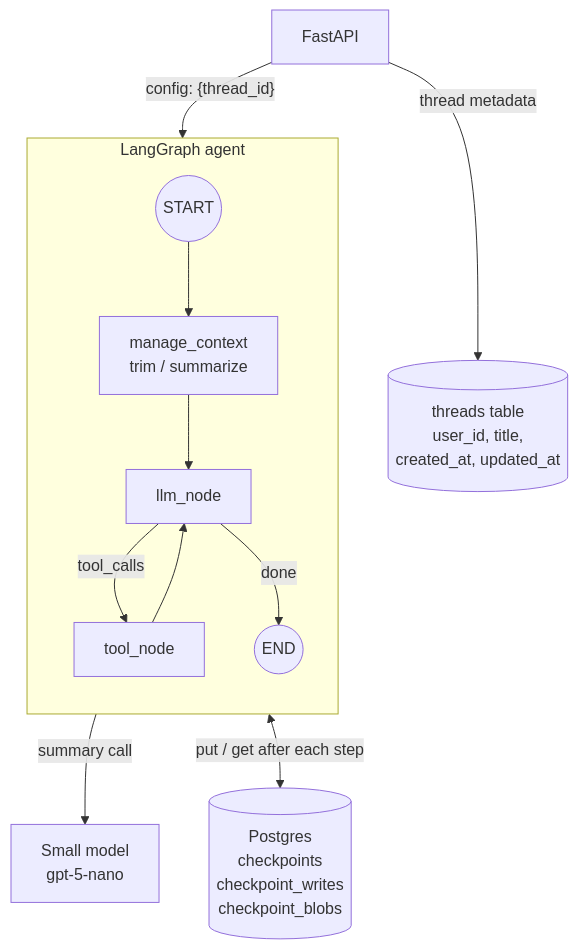
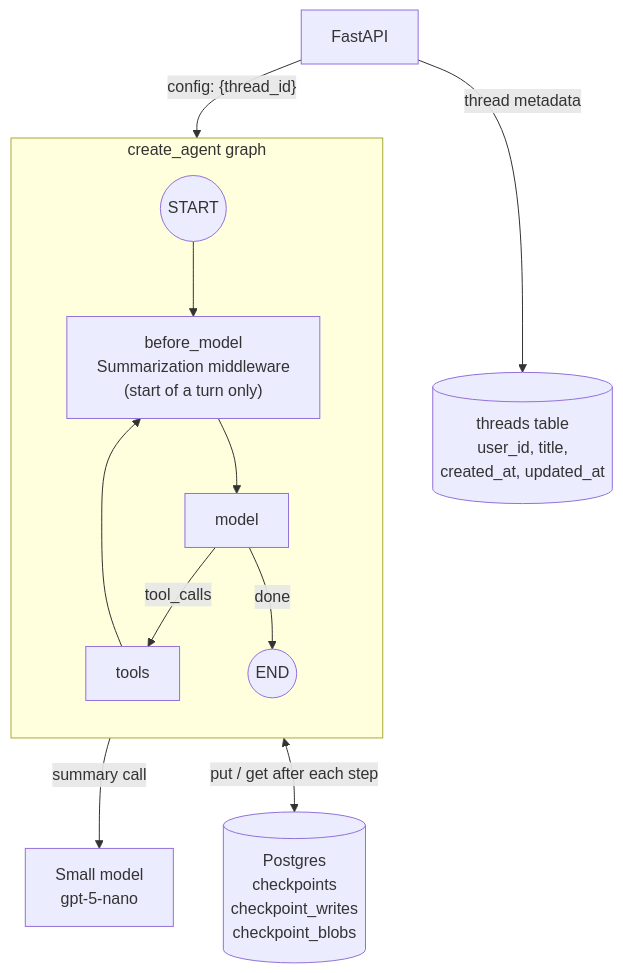
One commit to Anirudh1905/agentic-ai-chatbot changed the first of 3 diagrams in docs/phase-3-short-term-memory-checkpointing.md. Above: the diagram before and after it, drawn with Mermaid. The commit also changed other lines of this file and 37 other files, not shown here.

````diff
--- a/docs/phase-3-short-term-memory-checkpointing.md
+++ b/docs/phase-3-short-term-memory-checkpointing.md
@@ -29,17 +29,17 @@
 ```mermaid
 flowchart TB
-    API[FastAPI] -->|"config: {thread_id}"| Graph
+    API[FastAPI] -->|"config: {thread_id}"| Agent
 
-    subgraph Graph["LangGraph agent"]
+    subgraph Agent["create_agent graph"]
         direction TB
-        START((START)) --> Trim[manage_context<br/>trim / summarize]
-        Trim --> LLM[llm_node]
-        LLM -->|tool_calls| Tools[tool_node]
-        Tools --> LLM
-        LLM -->|done| END((END))
+        START((START)) --> Sum["before_model<br/>Summarization middleware<br/>(start of a turn only)"]
+        Sum --> Model[model]
+        Model -->|tool_calls| Tools[tools]
+        Tools --> Sum
+        Model -->|done| END((END))
     end
 
-    Graph <-->|"put / get after each step"| CP[(Postgres<br/>checkpoints<br/>checkpoint_writes<br/>checkpoint_blobs)]
-    Trim -->|summary call| Small[Small model<br/>gpt-5-nano]
+    Agent <-->|"put / get after each step"| CP[(Postgres<br/>checkpoints<br/>checkpoint_writes<br/>checkpoint_blobs)]
+    Sum -->|summary call| Small[Small model<br/>gpt-5-nano]
     API -->|thread metadata| Threads[(threads table<br/>user_id, title,<br/>created_at, updated_at)]
 ```
````
